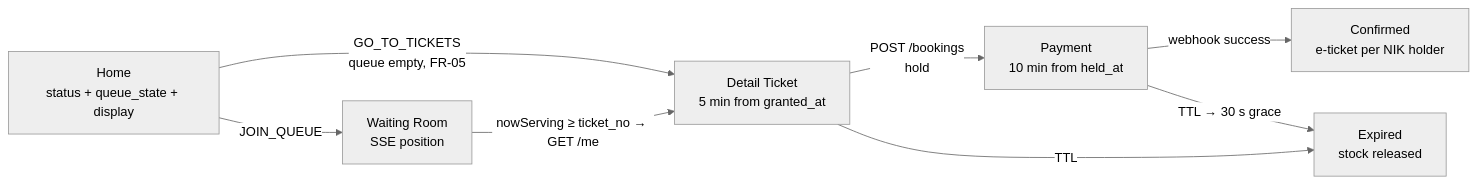
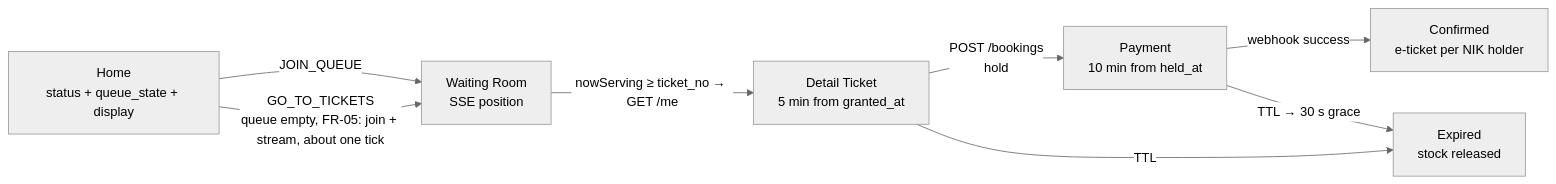
One commit to PTServerJanganTumbang-BookingTicket/documentations changed the second of 9 diagrams in architecture/high-level-design.md. Above: the diagram before and after it, drawn with Mermaid (neutral theme). The commit also changed other lines of this file and 5 other files, not shown here.

Commit message:
[erma] update join queue schema, update sse api response, add flow

````diff
--- a/architecture/high-level-design.md
+++ b/architecture/high-level-design.md
@@ -133,10 +133,10 @@
 ```mermaid
 flowchart LR
     H[Home<br/>status + queue_state + display] -->|JOIN_QUEUE| WR[Waiting Room<br/>SSE position]
-    H -->|GO_TO_TICKETS<br/>queue empty, FR-05| DT
+    H -->|GO_TO_TICKETS<br/>queue empty, FR-05: join + stream, about one tick| WR
     WR -->|nowServing ≥ ticket_no → GET /me| DT[Detail Ticket<br/>5 min from granted_at]
     DT -->|POST /bookings<br/>hold| PAY[Payment<br/>10 min from held_at]
     PAY -->|webhook success| OK[Confirmed<br/>e-ticket per NIK holder]
     PAY -->|TTL → 30 s grace| EXP[Expired<br/>stock released]
     DT -->|TTL| EXP
 ```
````
